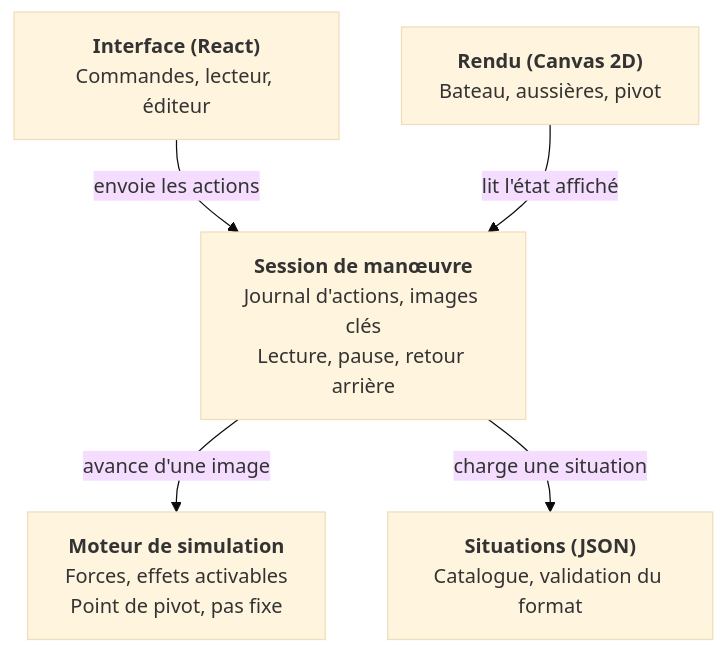
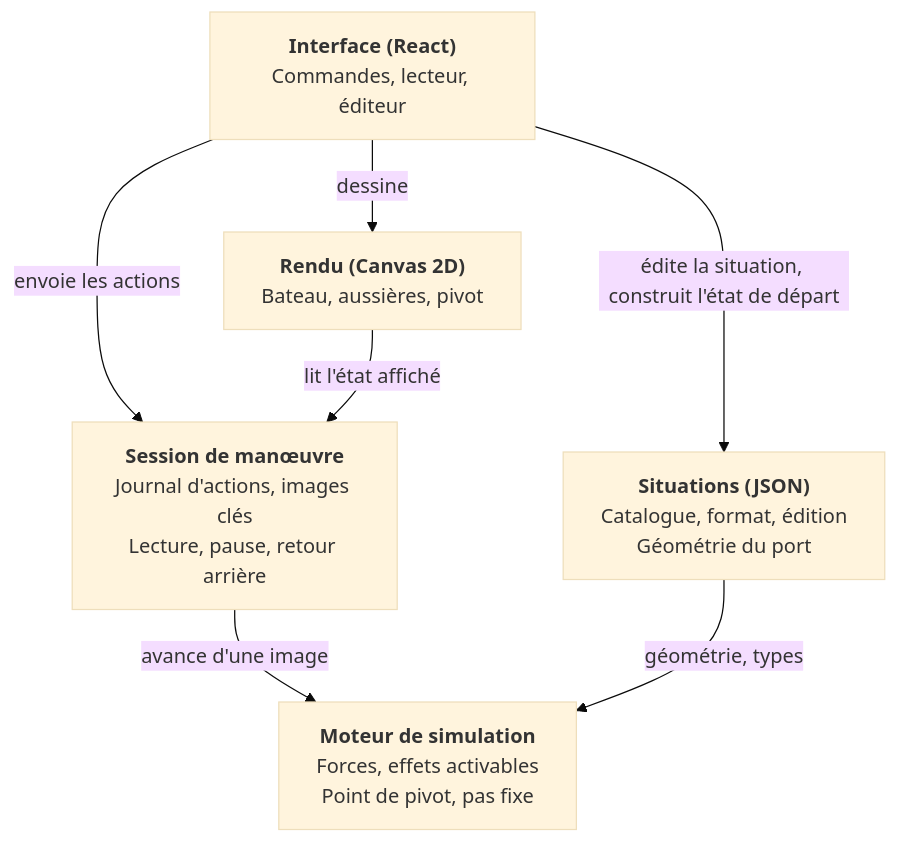
Before and after one commit to jppouzol/mini-cassiopee: the diagram in docs/architecture.md, drawn with Mermaid (base theme). The commit also changed other lines of this file and 1 other file, not shown here.

````diff
--- a/docs/architecture.md
+++ b/docs/architecture.md
@@ -22,12 +22,14 @@
 ```mermaid
 flowchart TB
   UI["<b>Interface (React)</b><br/>Commandes, lecteur, éditeur"]
   R["<b>Rendu (Canvas 2D)</b><br/>Bateau, aussières, pivot"]
   S["<b>Session de manœuvre</b><br/>Journal d'actions, images clés<br/>Lecture, pause, retour arrière"]
   M["<b>Moteur de simulation</b><br/>Forces, effets activables<br/>Point de pivot, pas fixe"]
-  SI["<b>Situations (JSON)</b><br/>Catalogue, validation du format"]
+  SI["<b>Situations (JSON)</b><br/>Catalogue, format, édition<br/>Géométrie du port"]
   UI -- envoie les actions --> S
+  UI -- édite la situation, construit l'état de départ --> SI
+  UI -- dessine --> R
   R -- lit l'état affiché --> S
   S -- avance d'une image --> M
-  S -- charge une situation --> SI
+  SI -- géométrie, types --> M
 ```
````
